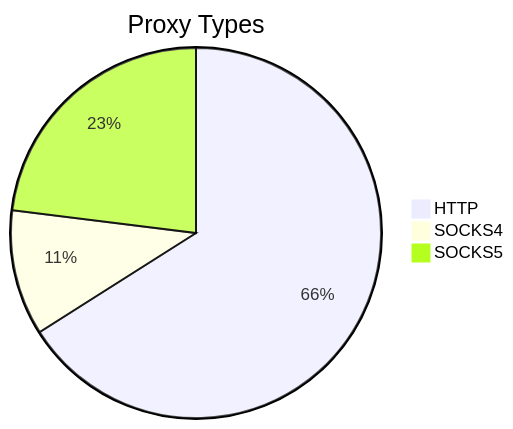
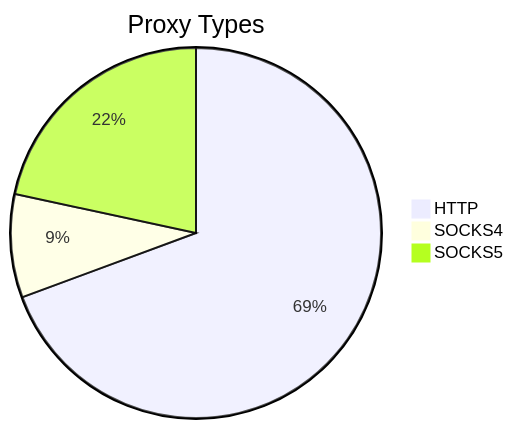
The first of 2 diagrams in README.md (stormsia/proxy-list), drawn with Mermaid before and after one commit. The commit also changed other lines of this file, not shown here.

````diff
--- a/README.md
+++ b/README.md
@@ -21,6 +21,6 @@
 ```mermaid
 pie title Proxy Types
-    "HTTP" : 235
-    "SOCKS4" : 39
-    "SOCKS5" : 82
+    "HTTP" : 231
+    "SOCKS4" : 30
+    "SOCKS5" : 72
 ```
````
